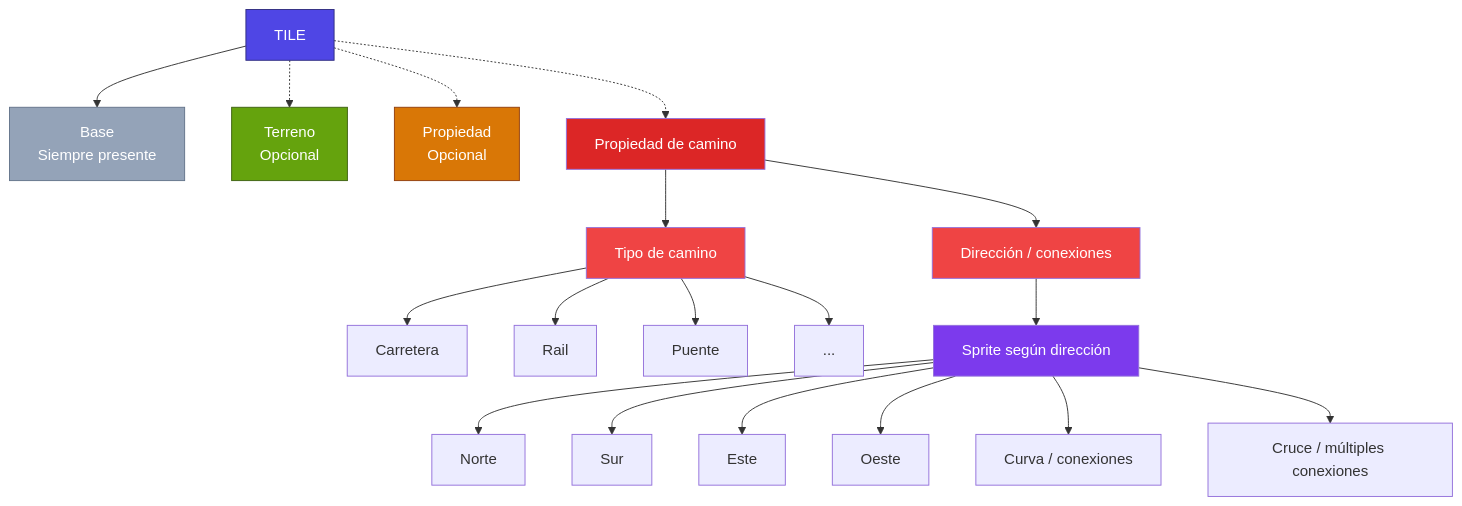
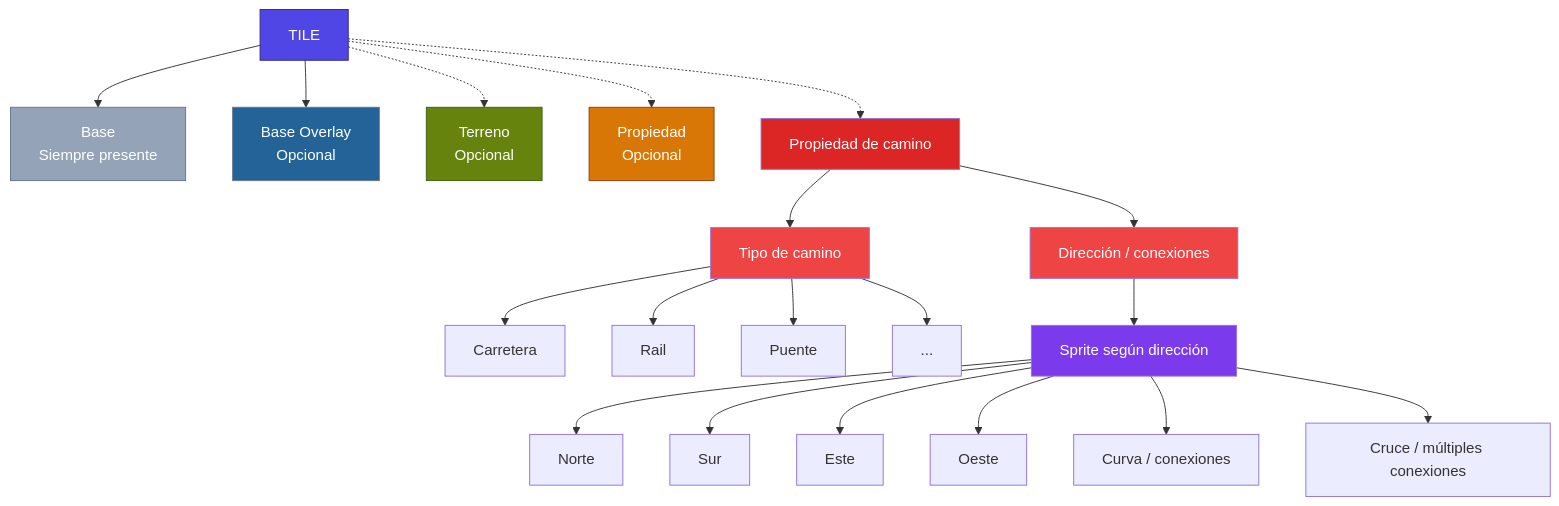
Before and after one commit to gridstudiofficial/gridstudiofficial.github.io: the ninth of 9 diagrams in public/gdd/GDD.md, drawn with Mermaid. The commit also changed other lines of this file, not shown here.

Commit message:
Update Tile diagram
Add Base Overlay

````diff
--- a/public/gdd/GDD.md
+++ b/public/gdd/GDD.md
@@ -978,29 +981,31 @@
 ```mermaid
 flowchart TD
     TILE["TILE"]
     TILE --> BASE["Base<br/>Siempre presente"]
+    TILE --> BASE_OVERLAY["Base Overlay<br/>Opcional"]
     TILE -.-> TERRAIN["Terreno<br/>Opcional"]
     TILE -.-> PROPERTY["Propiedad<br/>Opcional"]
     TILE -.-> PATH["Propiedad de camino"]
     PATH --> TYPE["Tipo de camino"]
     PATH --> DIRECTION["Dirección / conexiones"]
     TYPE --> ROAD["Carretera"]
     TYPE --> RAIL["Rail"]
     TYPE --> BRIDGE["Puente"]
     TYPE --> OTHER["..."]
     DIRECTION --> SPRITE["Sprite según dirección"]
     SPRITE --> S1["Norte"]
     SPRITE --> S2["Sur"]
     SPRITE --> S3["Este"]
     SPRITE --> S4["Oeste"]
     SPRITE --> S5["Curva / conexiones"]
     SPRITE --> S6["Cruce / múltiples conexiones"]
     style TILE fill: #4f46e5, color: #fff, stroke: #312e81
     style BASE fill: #94a3b8, color: #fff, stroke: #64748b
-    style TERRAIN fill: #65a30d, color: #fff, stroke: #3f6212
+    style BASE_OVERLAY fill: #246398, color: #fff, stroke: #64748b
+    style TERRAIN fill: #65830d, color: #fff, stroke: #3f6212
     style PROPERTY fill: #d97706, color: #fff, stroke: #92400e
     style PATH fill: #dc2626, color: #fff
     style TYPE fill: #ef4444, color: #fff
     style DIRECTION fill: #ef4444, color: #fff
     style SPRITE fill: #7c3aed, color: #fff
 ```
````
